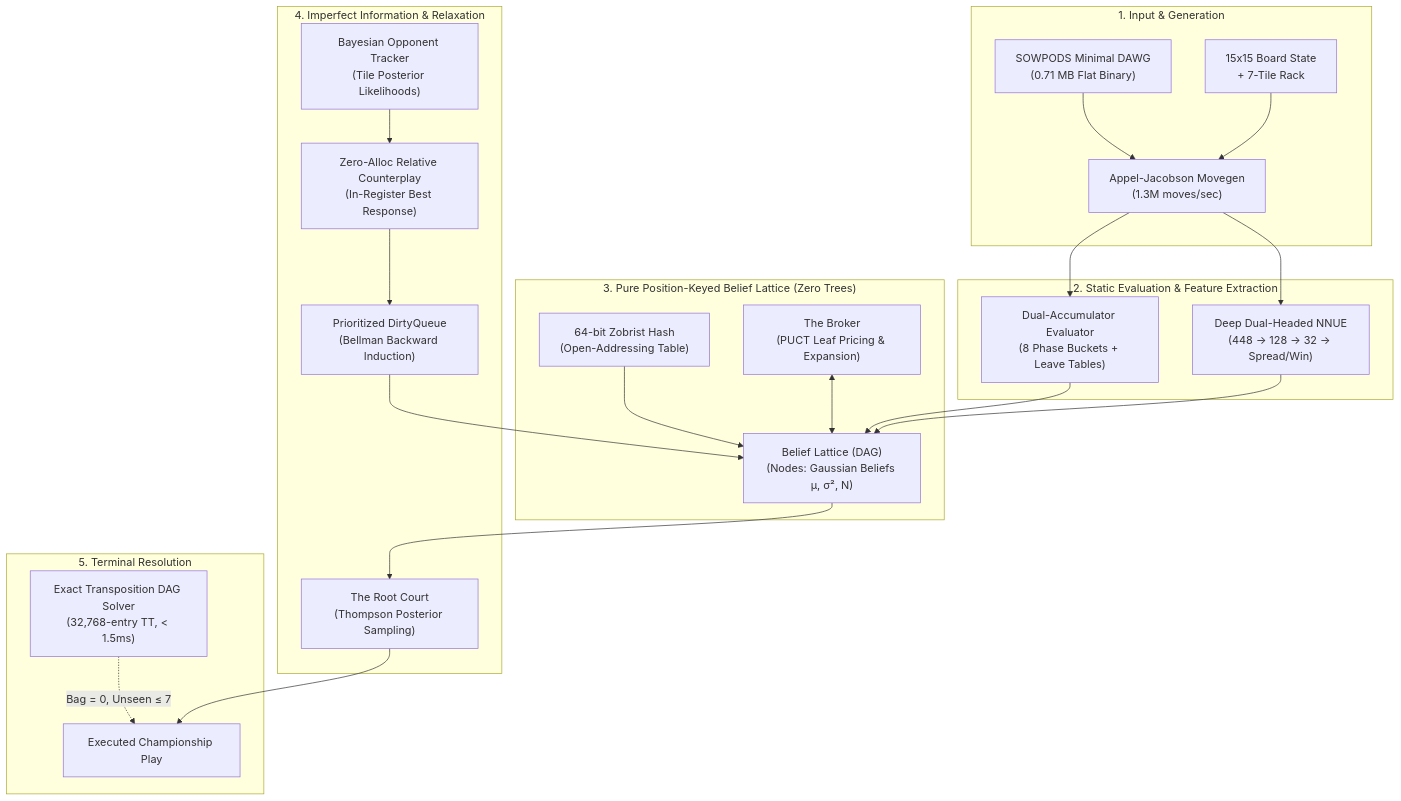
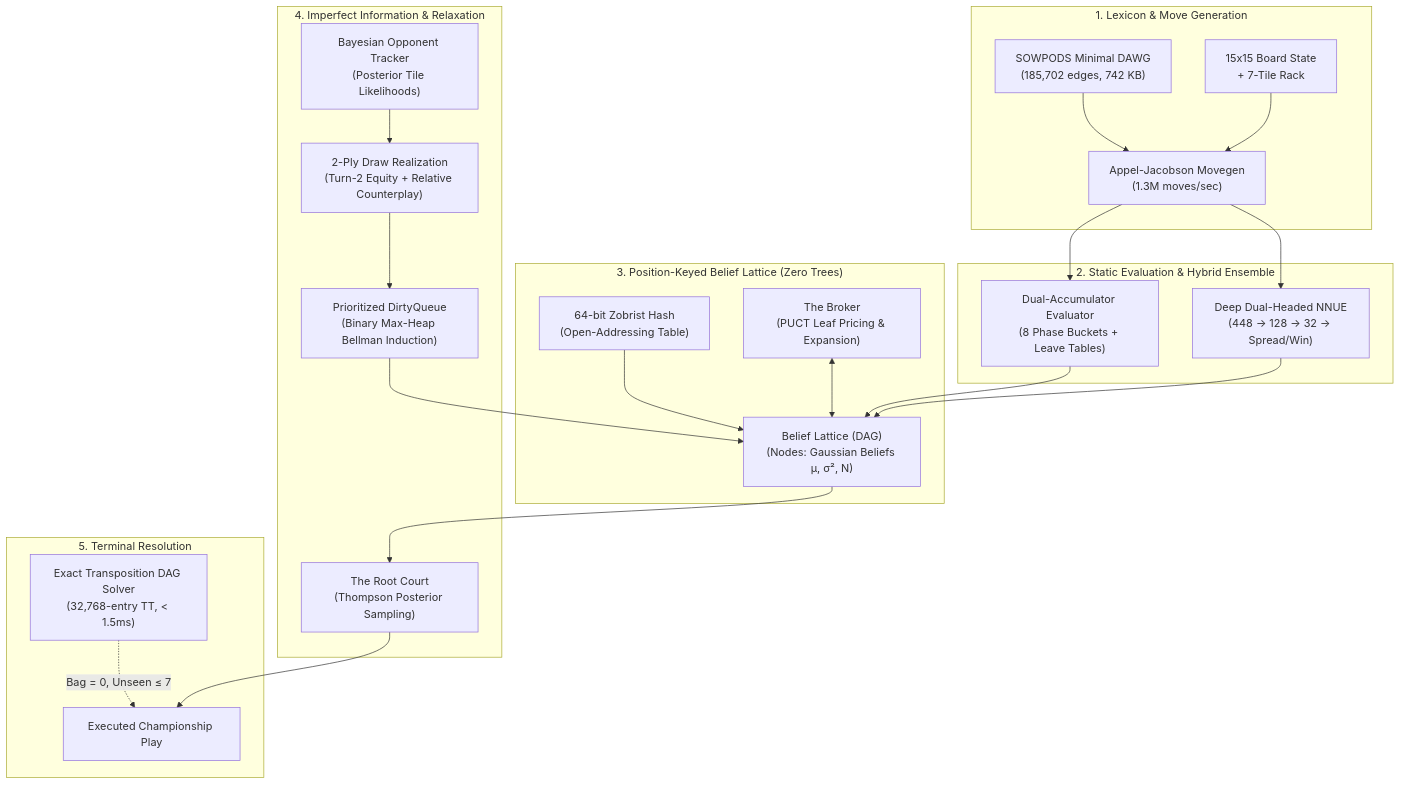
The diagram in README.md (harshitkhandelwal208/tessera), drawn with Mermaid before and after one commit. The commit also changed other lines of this file and 14 other files, not shown here.

````diff
--- a/README.md
+++ b/README.md
@@ -65,45 +71,45 @@
 ```mermaid
 flowchart TD
-    subgraph Input ["1. Input & Generation"]
-        DAWG["SOWPODS Minimal DAWG<br/>(0.71 MB Flat Binary)"]
+    subgraph Input ["1. Lexicon & Move Generation"]
+        DAWG["SOWPODS Minimal DAWG<br/>(185,702 edges, 742 KB)"]
         Board["15x15 Board State<br/>+ 7-Tile Rack"]
         MoveGen["Appel-Jacobson Movegen<br/>(1.3M moves/sec)"]
         DAWG --> MoveGen
         Board --> MoveGen
     end
 
-    subgraph Evaluation ["2. Static Evaluation & Feature Extraction"]
+    subgraph Evaluation ["2. Static Evaluation & Hybrid Ensemble"]
         DualAcc["Dual-Accumulator Evaluator<br/>(8 Phase Buckets + Leave Tables)"]
         NNUE["Deep Dual-Headed NNUE<br/>(448 -> 128 -> 32 -> Spread/Win)"]
         MoveGen --> DualAcc
         MoveGen --> NNUE
     end
 
-    subgraph Search ["3. Pure Position-Keyed Belief Lattice (Zero Trees)"]
+    subgraph Search ["3. Position-Keyed Belief Lattice (Zero Trees)"]
         Zobrist["64-bit Zobrist Hash<br/>(Open-Addressing Table)"]
         Lattice["Belief Lattice (DAG)<br/>(Nodes: Gaussian Beliefs μ, σ², N)"]
         Broker["The Broker<br/>(PUCT Leaf Pricing & Expansion)"]
         Zobrist --> Lattice
         DualAcc --> Lattice
         NNUE --> Lattice
         Broker <--> Lattice
     end
 
     subgraph Inference ["4. Imperfect Information & Relaxation"]
-        Bayes["Bayesian Opponent Tracker<br/>(Tile Posterior Likelihoods)"]
-        DirtyQ["Prioritized DirtyQueue<br/>(Bellman Backward Induction)"]
-        Counterplay["Zero-Alloc Relative Counterplay<br/>(In-Register Best Response)"]
+        Bayes["Bayesian Opponent Tracker<br/>(Posterior Tile Likelihoods)"]
+        DirtyQ["Prioritized DirtyQueue<br/>(Binary Max-Heap Bellman Induction)"]
+        Realization["2-Ply Draw Realization<br/>(Turn-2 Equity + Relative Counterplay)"]
         Court["The Root Court<br/>(Thompson Posterior Sampling)"]
-        Bayes --> Counterplay
-        Counterplay --> DirtyQ
+        Bayes --> Realization
+        Realization --> DirtyQ
         DirtyQ --> Lattice
         Lattice --> Court
     end
 
     subgraph Terminal ["5. Terminal Resolution"]
         Endgame["Exact Transposition DAG Solver<br/>(32,768-entry TT, < 1.5ms)"]
         Move["Executed Championship Play"]
         Court --> Move
         Endgame -.->|Bag = 0, Unseen ≤ 7| Move
     end
 ```
````
